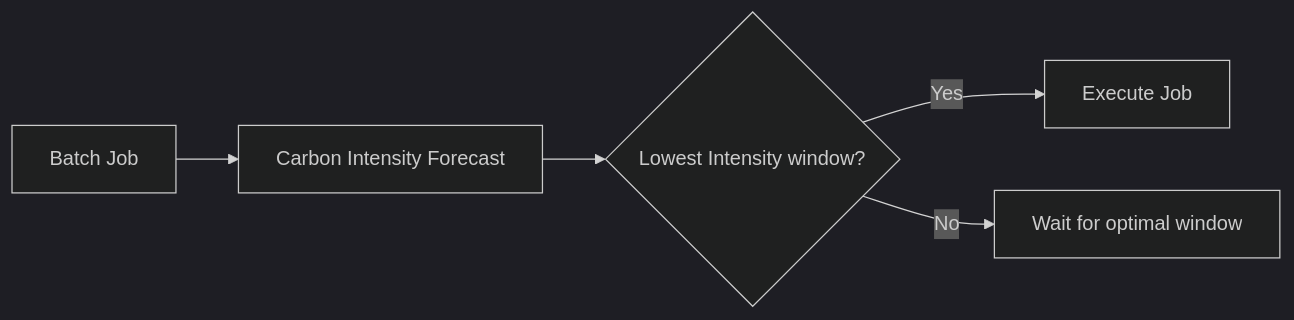
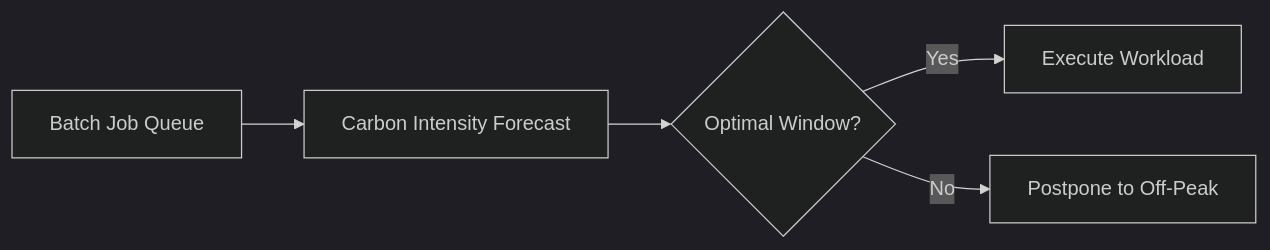
The fourth of 10 diagrams in README.md (Devopstrio/sustainability-lz), drawn with Mermaid (dark theme) before and after one commit. The commit also changed other lines of this file, not shown here.

Commit message:
docs: implement 10+ professional architecture diagrams for sustainability landing zone

````diff
--- a/README.md
+++ b/README.md
@@ -82,7 +133,7 @@
 ```mermaid
 graph LR
-    Job[Batch Job] --> Forecast[Carbon Intensity Forecast]
-    Forecast --> Match{Lowest Intensity window?}
-    Match -->|Yes| Start[Execute Job]
-    Match -->|No| Delay[Wait for optimal window]
+    Job["Batch Job Queue"] --> Forecast["Carbon Intensity Forecast"]
+    Forecast --> Match{"Optimal Window?"}
+    Match -->|Yes| Exec["Execute Workload"]
+    Match -->|No| Delay["Postpone to Off-Peak"]
 ```
````
